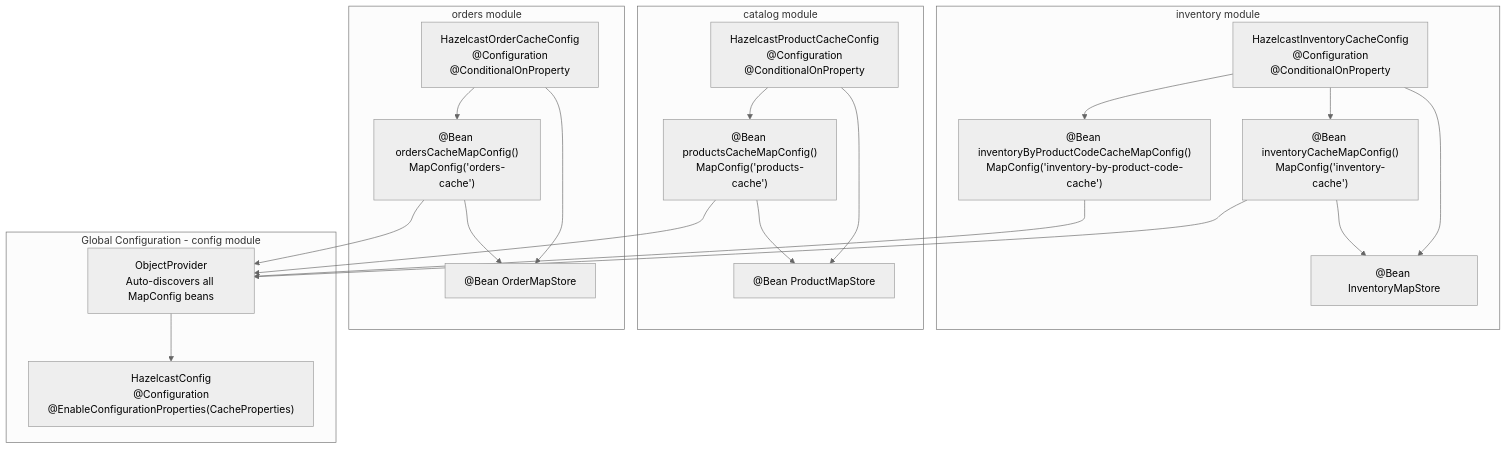
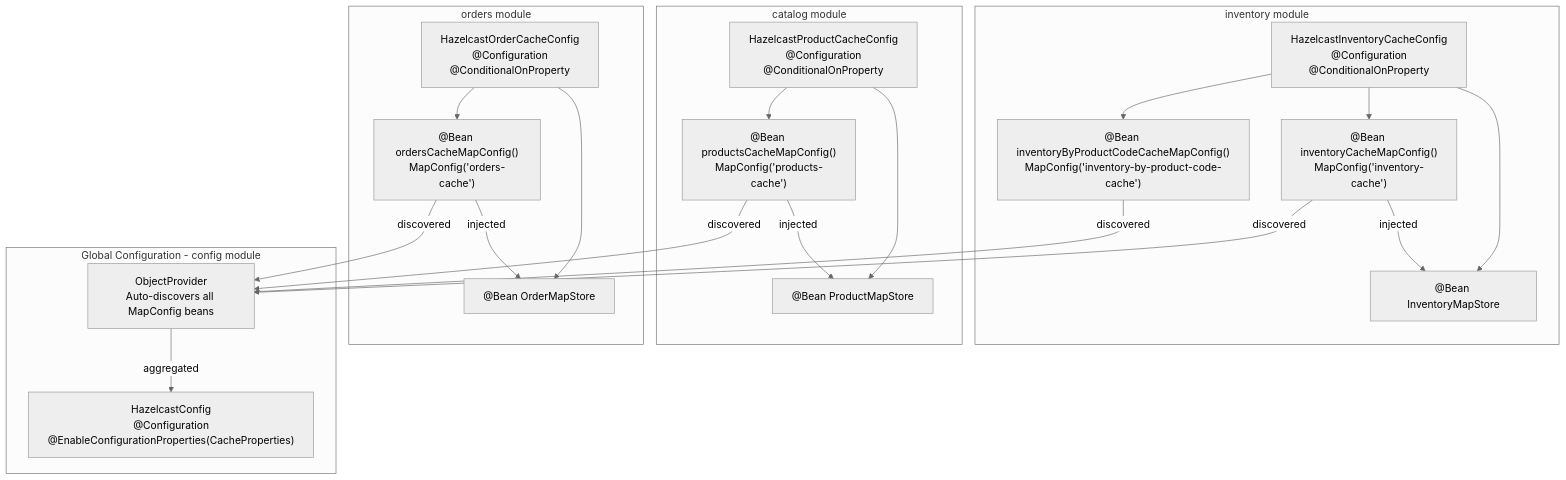
One commit to philipz/spring-modular-monolith changed the second of 4 diagrams in docs/deepwiki/Caching-with-Hazelcast.md. Above: the diagram before and after it, drawn with Mermaid (neutral theme). The commit also changed other lines of this file and 55 other files, not shown here.

````diff
--- a/docs/deepwiki/Caching-with-Hazelcast.md
+++ b/docs/deepwiki/Caching-with-Hazelcast.md
@@ -226,56 +226,56 @@
 ```mermaid
 flowchart TD
 
 HZConfig["HazelcastConfig<br>@Configuration<br>@EnableConfigurationProperties(CacheProperties)"]
 MapConfigProvider["ObjectProvider<MapConfig><br>Auto-discovers all MapConfig beans"]
 OrderCacheConfig["HazelcastOrderCacheConfig<br>@Configuration<br>@ConditionalOnProperty"]
 OrderMapConfigBean["@Bean ordersCacheMapConfig()<br>MapConfig('orders-cache')"]
 OrderMapStoreBean["@Bean OrderMapStore"]
 ProductCacheConfig["HazelcastProductCacheConfig<br>@Configuration<br>@ConditionalOnProperty"]
 ProductMapConfigBean["@Bean productsCacheMapConfig()<br>MapConfig('products-cache')"]
 ProductMapStoreBean["@Bean ProductMapStore"]
 InventoryCacheConfig["HazelcastInventoryCacheConfig<br>@Configuration<br>@ConditionalOnProperty"]
 InventoryMapConfigBean["@Bean inventoryCacheMapConfig()<br>MapConfig('inventory-cache')"]
 InventoryIndexMapConfigBean["@Bean inventoryByProductCodeCacheMapConfig()<br>MapConfig('inventory-by-product-code-cache')"]
 InventoryMapStoreBean["@Bean InventoryMapStore"]
 
-OrderMapConfigBean --> MapConfigProvider
-ProductMapConfigBean --> MapConfigProvider
-InventoryMapConfigBean --> MapConfigProvider
-InventoryIndexMapConfigBean --> MapConfigProvider
+OrderMapConfigBean -->|"discovered"| MapConfigProvider
+ProductMapConfigBean -->|"discovered"| MapConfigProvider
+InventoryMapConfigBean -->|"discovered"| MapConfigProvider
+InventoryIndexMapConfigBean -->|"discovered"| MapConfigProvider
 
 subgraph subGraph3 ["inventory module"]
     InventoryCacheConfig
     InventoryMapConfigBean
     InventoryIndexMapConfigBean
     InventoryMapStoreBean
     InventoryCacheConfig --> InventoryMapConfigBean
     InventoryCacheConfig --> InventoryIndexMapConfigBean
     InventoryCacheConfig --> InventoryMapStoreBean
-    InventoryMapConfigBean --> InventoryMapStoreBean
+    InventoryMapConfigBean -->|"injected"| InventoryMapStoreBean
 end
 
 subgraph subGraph2 ["catalog module"]
     ProductCacheConfig
     ProductMapConfigBean
     ProductMapStoreBean
     ProductCacheConfig --> ProductMapConfigBean
     ProductCacheConfig --> ProductMapStoreBean
-    ProductMapConfigBean --> ProductMapStoreBean
+    ProductMapConfigBean -->|"injected"| ProductMapStoreBean
 end
 
 subgraph subGraph1 ["orders module"]
     OrderCacheConfig
     OrderMapConfigBean
     OrderMapStoreBean
     OrderCacheConfig --> OrderMapConfigBean
     OrderCacheConfig --> OrderMapStoreBean
-    OrderMapConfigBean --> OrderMapStoreBean
+    OrderMapConfigBean -->|"injected"| OrderMapStoreBean
 end
 
 subgraph subGraph0 ["Global Configuration - config module"]
     HZConfig
     MapConfigProvider
-    MapConfigProvider --> HZConfig
+    MapConfigProvider -->|"aggregated"| HZConfig
 end
 ```
````
